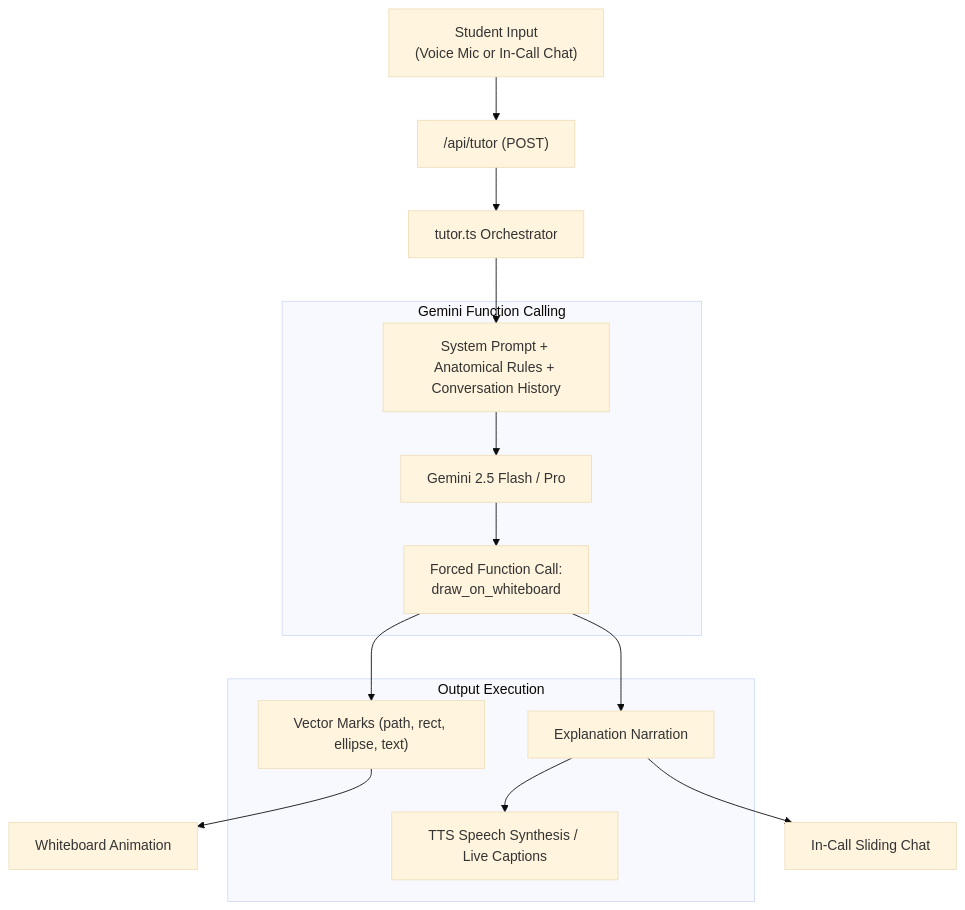
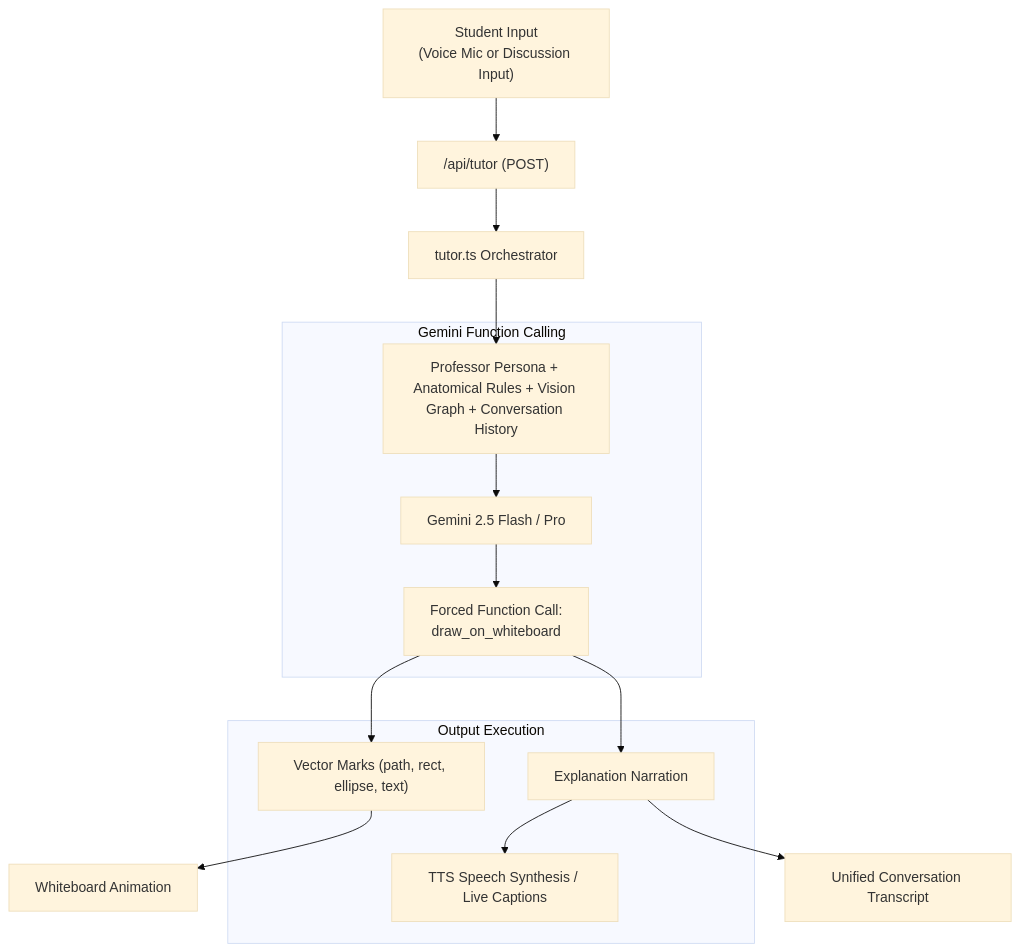
The third of 3 diagrams in docs/CLASS_AND_TUTOR_ARCHITECTURE.md (pranjal2410719/whiteboard-ai-agent), drawn with Mermaid (base theme) before and after one commit. The commit also changed other lines of this file and 10 other files, not shown here.

Commit message:
docs: synchronize all architecture docs, roadmaps, and references with current unified codebase

````diff
--- a/docs/CLASS_AND_TUTOR_ARCHITECTURE.md
+++ b/docs/CLASS_AND_TUTOR_ARCHITECTURE.md
@@ -115,27 +115,27 @@
 ```mermaid
 flowchart TD
-    StudentInput["Student Input<br/>(Voice Mic or In-Call Chat)"] --> API["/api/tutor (POST)"]
+    StudentInput["Student Input<br/>(Voice Mic or Discussion Input)"] --> API["/api/tutor (POST)"]
     API --> TutorLogic["tutor.ts Orchestrator"]
 
     subgraph LLMExecution["Gemini Function Calling"]
-        Prompt["System Prompt + Anatomical Rules + Conversation History"]
+        Prompt["Professor Persona + Anatomical Rules + Vision Graph + Conversation History"]
         Model["Gemini 2.5 Flash / Pro"]
         ForcedTool["Forced Function Call:<br/>draw_on_whiteboard"]
     end
 
     TutorLogic --> Prompt
     Prompt --> Model
     Model --> ForcedTool
 
     subgraph ResponseDispatch["Output Execution"]
         Marks["Vector Marks (path, rect, ellipse, text)"]
         Copy["Explanation Narration"]
         Speech["TTS Speech Synthesis / Live Captions"]
     end
 
     ForcedTool --> Marks
     ForcedTool --> Copy
     Marks --> Whiteboard["Whiteboard Animation"]
     Copy --> Speech
-    Copy --> ChatDrawer["In-Call Sliding Chat"]
+    Copy --> Transcript["Unified Conversation Transcript"]
 ```
````
